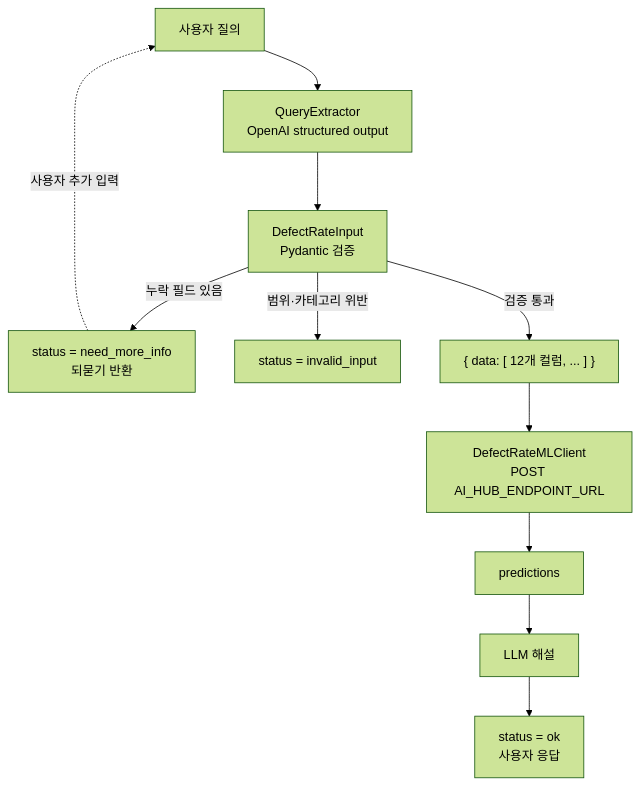
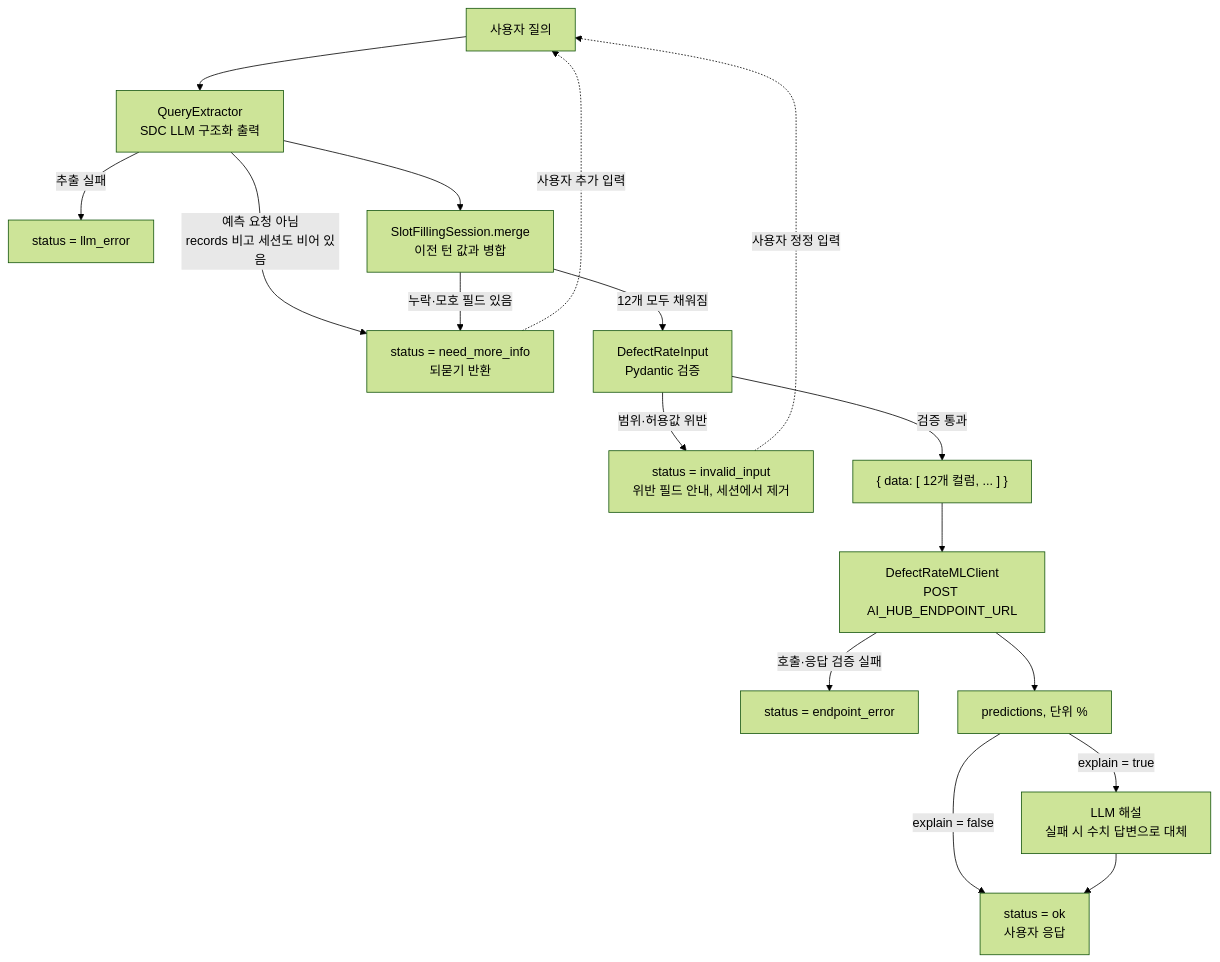
The diagram in AIHUB/docs/architecture.md (jiyunwoo02/2026_SIEMENS), drawn with Mermaid (forest theme) before and after one commit. The commit also changed other lines of this file and 25 other files, not shown here.

````diff
--- a/AIHUB/docs/architecture.md
+++ b/AIHUB/docs/architecture.md
@@ -38,13 +43,19 @@
 ```mermaid
 flowchart TD
-    A[사용자 질의] --> B[QueryExtractor<br/>OpenAI structured output]
-    B --> C[DefectRateInput<br/>Pydantic 검증]
-    C -->|누락 필드 있음| D[status = need_more_info<br/>되묻기 반환]
-    C -->|범위·카테고리 위반| E[status = invalid_input]
+    A[사용자 질의] --> B[QueryExtractor<br/>SDC LLM 구조화 출력]
+    B -->|추출 실패| L[status = llm_error]
+    B -->|예측 요청 아님<br/>records 비고 세션도 비어 있음| D
+    B --> M[SlotFillingSession.merge<br/>이전 턴 값과 병합]
+    M -->|누락·모호 필드 있음| D[status = need_more_info<br/>되묻기 반환]
+    M -->|12개 모두 채워짐| C[DefectRateInput<br/>Pydantic 검증]
+    C -->|범위·허용값 위반| E[status = invalid_input<br/>위반 필드 안내, 세션에서 제거]
     C -->|검증 통과| F["{ data: [ 12개 컬럼, ... ] }"]
     F --> G[DefectRateMLClient<br/>POST AI_HUB_ENDPOINT_URL]
-    G --> H[predictions]
-    H --> I[LLM 해설]
+    G -->|호출·응답 검증 실패| X[status = endpoint_error]
+    G --> H[predictions, 단위 %]
+    H -->|explain = true| I[LLM 해설<br/>실패 시 수치 답변으로 대체]
+    H -->|explain = false| J
     I --> J[status = ok<br/>사용자 응답]
     D -.사용자 추가 입력.-> A
+    E -.사용자 정정 입력.-> A
 ```
````
